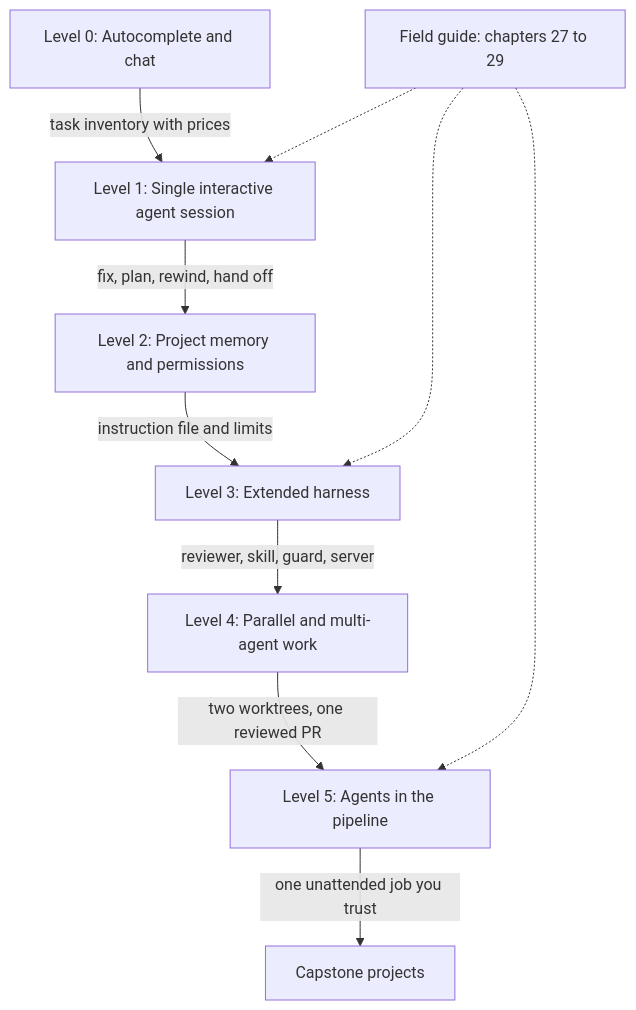
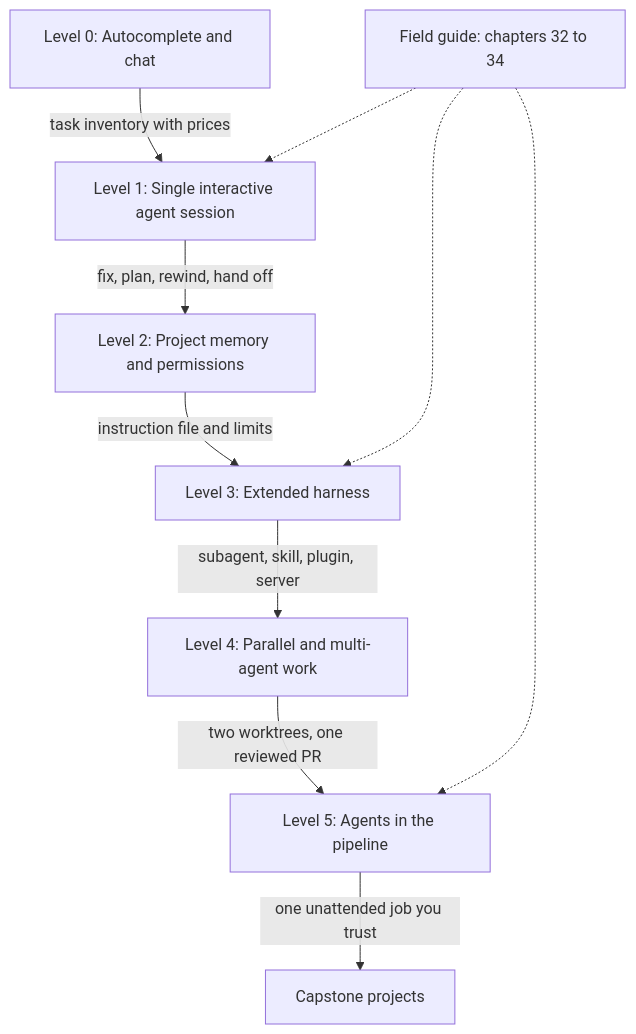
Before and after one commit to Tamircohen28/ai-native-dev-guide: the diagram in book/E-learning-path-and-exercises.md, drawn with Mermaid. The commit also changed other lines of this file and 55 other files, not shown here.

First line of the commit message:
feat(book): harness architecture, extension model and three workshop guides (#4)

````diff
--- a/book/E-learning-path-and-exercises.md
+++ b/book/E-learning-path-and-exercises.md
@@ -13,12 +13,12 @@
 ```mermaid
 flowchart TD
     L0["Level 0: Autocomplete and chat"] -->|"task inventory with prices"| L1["Level 1: Single interactive agent session"]
     L1 -->|"fix, plan, rewind, hand off"| L2["Level 2: Project memory and permissions"]
     L2 -->|"instruction file and limits"| L3["Level 3: Extended harness"]
-    L3 -->|"reviewer, skill, guard, server"| L4["Level 4: Parallel and multi-agent work"]
+    L3 -->|"subagent, skill, plugin, server"| L4["Level 4: Parallel and multi-agent work"]
     L4 -->|"two worktrees, one reviewed PR"| L5["Level 5: Agents in the pipeline"]
     L5 -->|"one unattended job you trust"| C["Capstone projects"]
-    F["Field guide: chapters 27 to 29"] -.-> L1
+    F["Field guide: chapters 32 to 34"] -.-> L1
     F -.-> L3
     F -.-> L5
 ```
````
